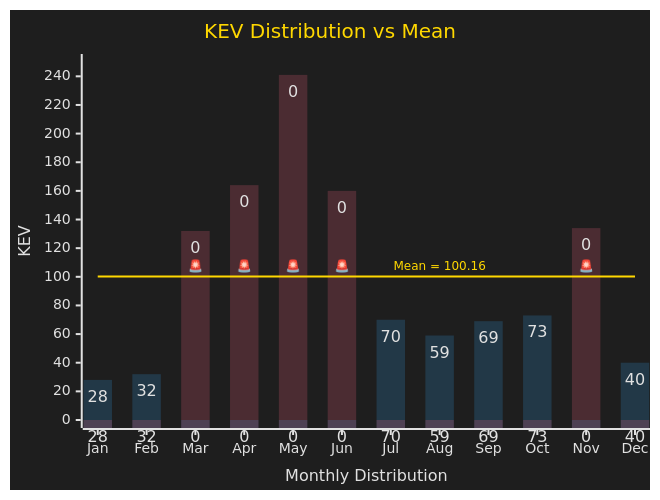
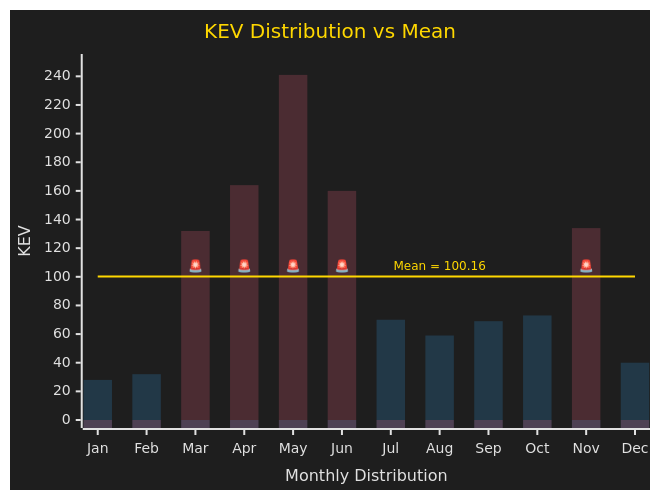
One commit to myseq/makeshift changed the second of 2 diagrams in mdfiles/cisakev36m.md. Above: the diagram before and after it, drawn with Mermaid.

Commit message:
updated data

````diff
--- a/mdfiles/cisakev36m.md
+++ b/mdfiles/cisakev36m.md
@@ -37,33 +37,33 @@
 ```mermaid
 ---
 config:
     xyChart:
         width: 640
         height: 480
-        showLegend: true
-        showDataLabel: true
+        showLegend: false
+        showDataLabel: false
         showDataLabelOutsideBar: false
     themeVariables:
         xyChart:
             backgroundColor: "#1e1e1e"
             titleColor: "#ffd800"
             dataLabelColor: "#e1e1e1"
             xAxisLabelColor: "#e1e1e1"
             xAxisTitleColor: "#e1e1e1"
             xAxisTickColor: "#e1e1e1"
             xAxisLineColor: "#e1e1e1"
             yAxisLabelColor: "#e1e1e1"
             yAxisTitleColor: "#e1e1e1"
             yAxisTickColor: "#e1e1e1"
             yAxisLineColor: "#e1e1e1"
             plotColorPalette: '#36A2EB33, #FF638433, #ffd800'
 ---
 xychart
     title "KEV Distribution vs Mean"
     x-axis "Monthly Distribution" [Jan, Feb, Mar, Apr, May, Jun, Jul, Aug, Sep, Oct, Nov, Dec]
     y-axis "KEV"  0 --> 250
     bar "below" [28, 32, 0, 0, 0, 0, 70, 59, 69, 73, 0, 40]
     bar "above" [ 0,  0, 132, 164, 241, 160, 0, 0, 0, 0, 134, 0]
     line "mean" [100.16, 100.16, 100.16 "🚨", 100.16 "🚨", 100.16 "🚨", 100.16 "🚨", 100.16, 100.16 "Mean = 100.16", 100.16, 100.16, 100.16 "🚨", 100.16]
 
 ```
````
